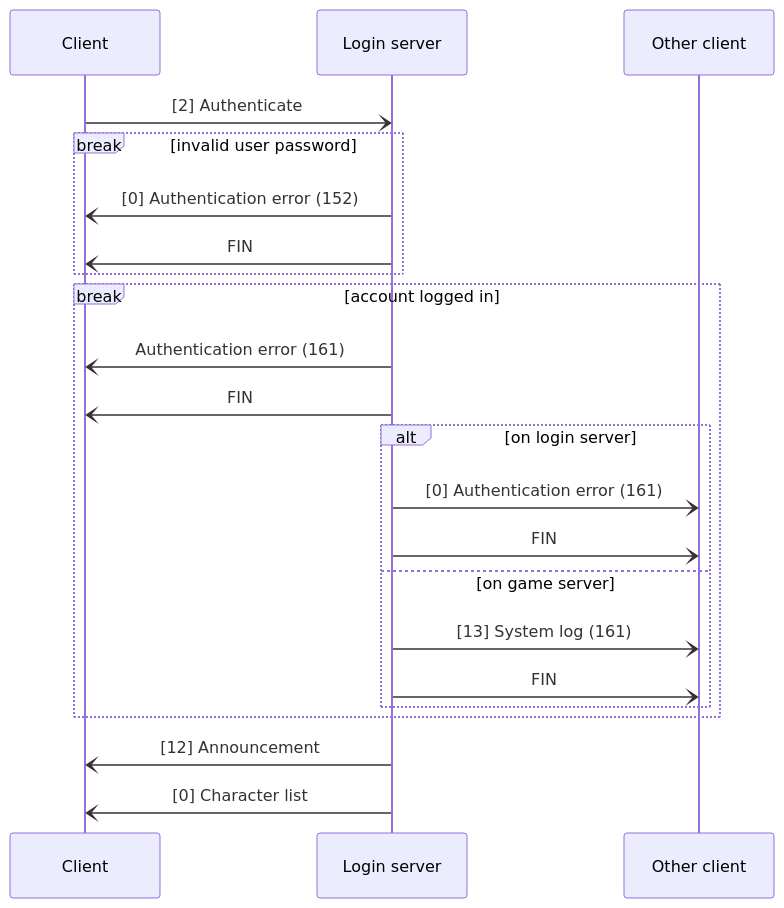
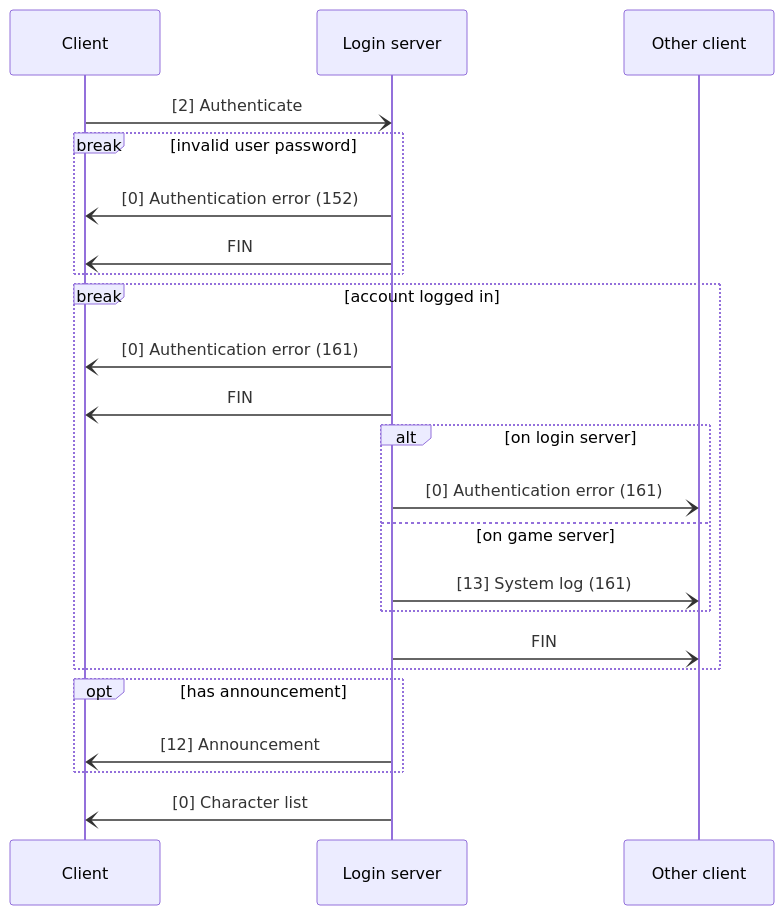
One commit to fygonzalo/banana changed the first of 2 diagrams in README.md. Above: the diagram before and after it, drawn with Mermaid. The commit also changed other lines of this file, not shown here.

Commit message:
docs: add minimal details to auth flows

````diff
--- a/README.md
+++ b/README.md
@@ -3,24 +3,25 @@
 ```mermaid
 sequenceDiagram
     participant Client
     participant Login server
     participant Other client
     Client-)Login server: [2] Authenticate
     break invalid user password
     Login server-)Client: [0] Authentication error (152)
     Login server-)Client: FIN
     end
     break account logged in
-    Login server-)Client: Authentication error (161)
+    Login server-)Client: [0] Authentication error (161)
     Login server-)Client: FIN
     alt on login server
     Login server-)Other client: [0] Authentication error (161)
-    Login server-)Other client: FIN
     else on game server
     Login server-)Other client: [13] System log (161)
+    end
     Login server-)Other client: FIN
     end
+    opt has announcement
+    Login server-)Client: [12] Announcement
     end
-    Login server-)Client: [12] Announcement
     Login server-)Client: [0] Character list
 ```
````
